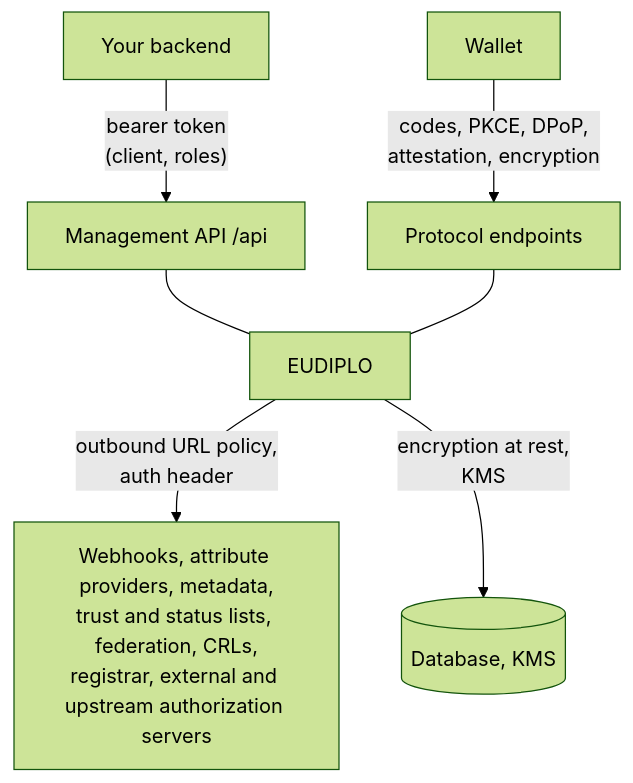
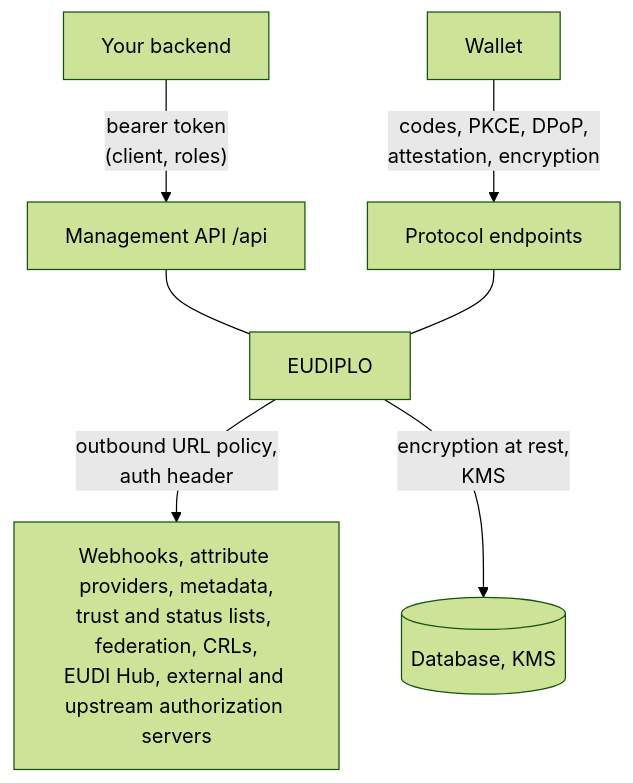
The diagram in apps/docs/docs/concepts/security-model.md (EUDIPLO/eudiplo), drawn with Mermaid (forest theme) before and after one commit. The commit also changed other lines of this file and 341 other files, not shown here.

````diff
--- a/apps/docs/docs/concepts/security-model.md
+++ b/apps/docs/docs/concepts/security-model.md
@@ -12,9 +12,9 @@
 ```mermaid
 flowchart TB
     BE[Your backend] -->|"bearer token<br/>(client, roles)"| API["Management API /api"]
     W[Wallet] -->|"codes, PKCE, DPoP,<br/>attestation, encryption"| P[Protocol endpoints]
-    E[EUDIPLO] -->|"outbound URL policy,<br/>auth header"| X["Webhooks, attribute providers, metadata,<br/>trust and status lists, federation, CRLs,<br/>registrar, external and upstream authorization servers"]
+    E[EUDIPLO] -->|"outbound URL policy,<br/>auth header"| X["Webhooks, attribute providers, metadata,<br/>trust and status lists, federation, CRLs,<br/>EUDI Hub, external and upstream authorization servers"]
     E -->|"encryption at rest,<br/>KMS"| S[(Database, KMS)]
     API --- E
     P --- E
 ```
````
